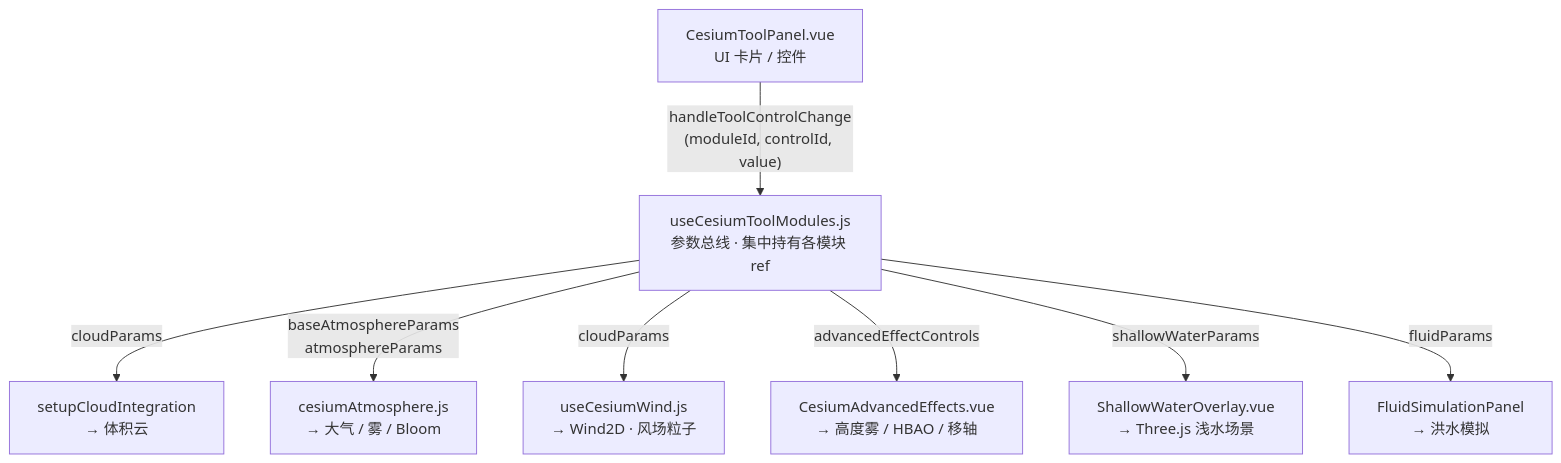
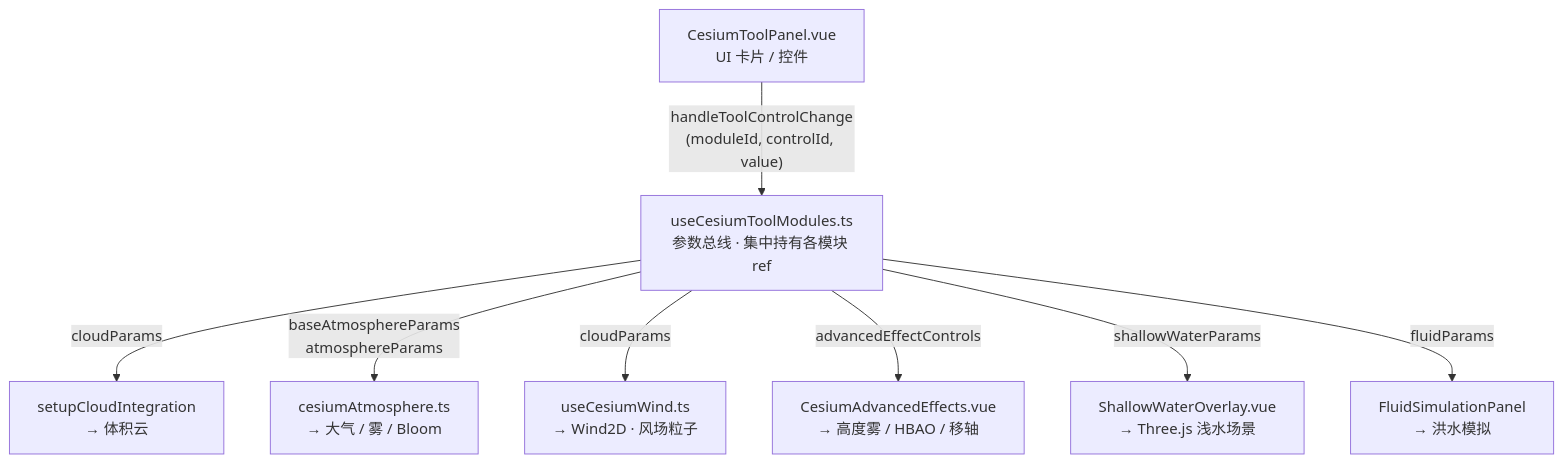
One commit to NEGIAO/WebGIS-Dev changed the first of 3 diagrams in Docs/Architecture/cesium-3d-effects.md. Above: the diagram before and after it, drawn with Mermaid. The commit also changed other lines of this file and 52 other files, not shown here.

````diff
--- a/Docs/Architecture/cesium-3d-effects.md
+++ b/Docs/Architecture/cesium-3d-effects.md
@@ -74,11 +75,11 @@
 ```mermaid
 flowchart TD
-    PANEL["CesiumToolPanel.vue<br/>UI 卡片 / 控件"] -->|"handleToolControlChange<br/>(moduleId, controlId, value)"| BUS["useCesiumToolModules.js<br/>参数总线 · 集中持有各模块 ref"]
+    PANEL["CesiumToolPanel.vue<br/>UI 卡片 / 控件"] -->|"handleToolControlChange<br/>(moduleId, controlId, value)"| BUS["useCesiumToolModules.ts<br/>参数总线 · 集中持有各模块 ref"]
 
     BUS -->|"cloudParams"| CLOUD["setupCloudIntegration<br/>→ 体积云"]
-    BUS -->|"baseAtmosphereParams<br/>atmosphereParams"| ATM["cesiumAtmosphere.js<br/>→ 大气 / 雾 / Bloom"]
-    BUS -->|"cloudParams"| WIND["useCesiumWind.js<br/>→ Wind2D · 风场粒子"]
+    BUS -->|"baseAtmosphereParams<br/>atmosphereParams"| ATM["cesiumAtmosphere.ts<br/>→ 大气 / 雾 / Bloom"]
+    BUS -->|"cloudParams"| WIND["useCesiumWind.ts<br/>→ Wind2D · 风场粒子"]
     BUS -->|"advancedEffectControls"| FX["CesiumAdvancedEffects.vue<br/>→ 高度雾 / HBAO / 移轴"]
     BUS -->|"shallowWaterParams"| SW["ShallowWaterOverlay.vue<br/>→ Three.js 浅水场景"]
     BUS -->|"fluidParams"| FLUID["FluidSimulationPanel<br/>→ 洪水模拟"]
 ```
````
